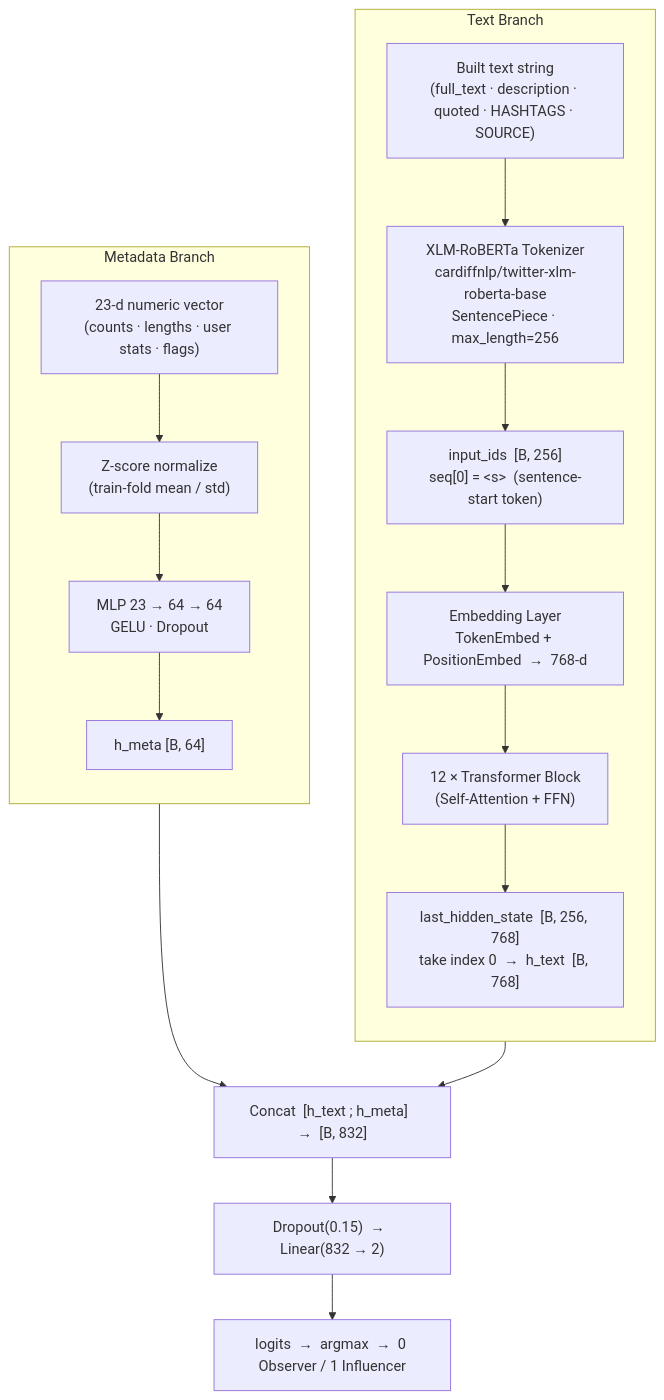
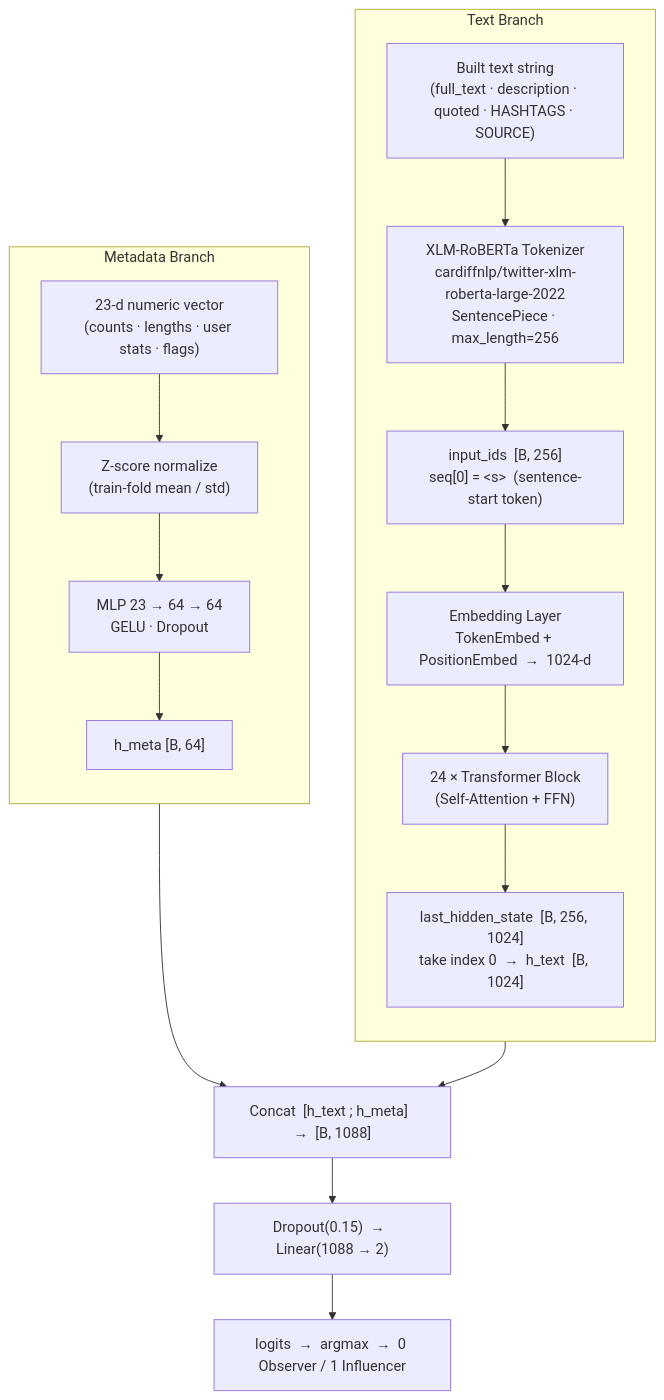
Before and after one commit to julyfun/speit-dl26: the diagram in arch.mmd, drawn with Mermaid. The commit also changed 11 other files, not shown here.

```diff
--- a/arch.mmd
+++ b/arch.mmd
@@ -1,28 +1,28 @@
 flowchart TD
     subgraph Text["Text Branch"]
         direction TB
         T0["Built text string<br/>(full_text · description · quoted · HASHTAGS · SOURCE)"]
-        T1["XLM-RoBERTa Tokenizer<br/>cardiffnlp/twitter-xlm-roberta-base<br/>SentencePiece · max_length=256"]
+        T1["XLM-RoBERTa Tokenizer<br/>cardiffnlp/twitter-xlm-roberta-large-2022<br/>SentencePiece · max_length=256"]
         T2["input_ids  [B, 256]<br/>seq[0] = &lt;s&gt;  (sentence-start token)"]
-        T3["Embedding Layer<br/>TokenEmbed + PositionEmbed  →  768-d"]
-        T4["12 × Transformer Block<br/>(Self-Attention + FFN)"]
-        T5["last_hidden_state  [B, 256, 768]<br/>take index 0  →  h_text  [B, 768]"]
+        T3["Embedding Layer<br/>TokenEmbed + PositionEmbed  →  1024-d"]
+        T4["24 × Transformer Block<br/>(Self-Attention + FFN)"]
+        T5["last_hidden_state  [B, 256, 1024]<br/>take index 0  →  h_text  [B, 1024]"]
         T0 --> T1 --> T2 --> T3 --> T4 --> T5
     end
 
     subgraph Meta["Metadata Branch"]
         direction TB
         M0["23-d numeric vector<br/>(counts · lengths · user stats · flags)"]
         M1["Z-score normalize<br/>(train-fold mean / std)"]
         M2["MLP  23 → 64 → 64<br/>GELU · Dropout"]
         M3["h_meta  [B, 64]"]
         M0 --> M1 --> M2 --> M3
     end
 
-    F["Concat  [h_text ; h_meta]  →  [B, 832]"]
-    H["Dropout(0.15)  →  Linear(832 → 2)"]
+    F["Concat  [h_text ; h_meta]  →  [B, 1088]"]
+    H["Dropout(0.15)  →  Linear(1088 → 2)"]
     Y["logits  →  argmax  →  0 Observer / 1 Influencer"]
 
     T5 --> F
     M3 --> F
     F --> H --> Y
```
